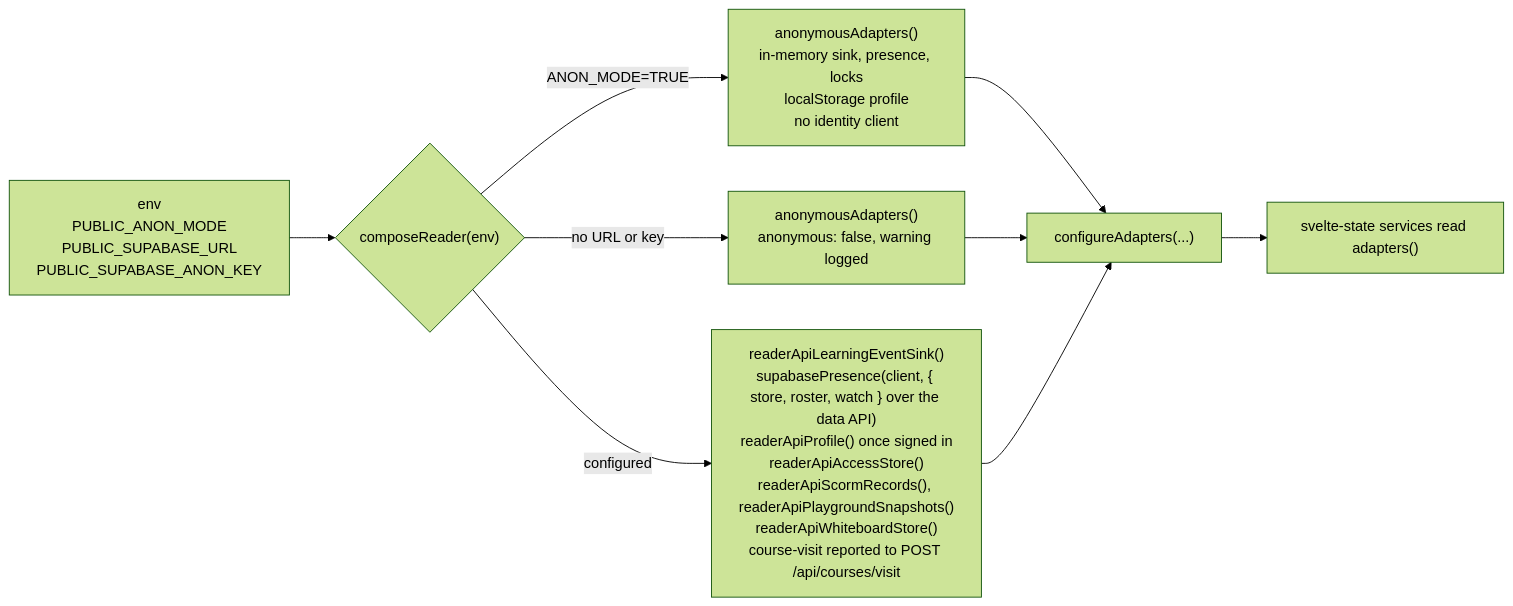
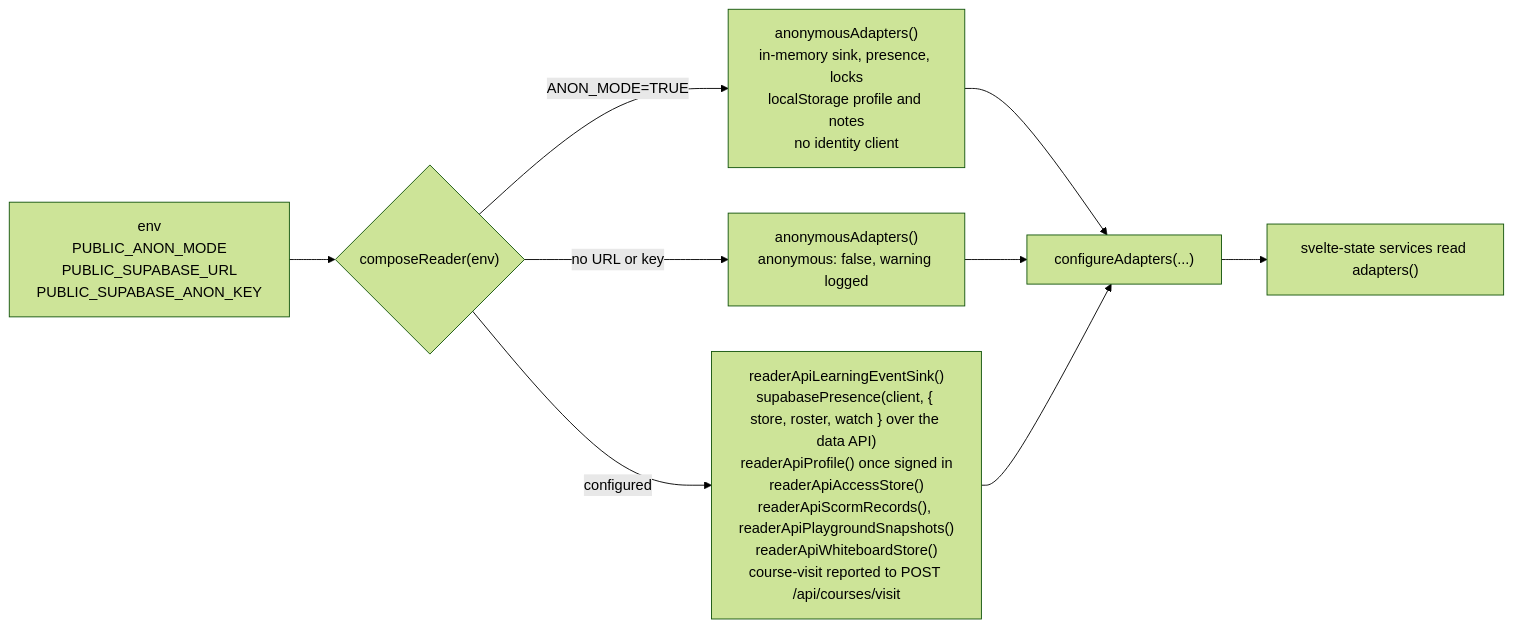
Before and after one commit to lgriffin/tutors-mono-repo-1: the sixth of 13 diagrams in ARCHITECTURE.md, drawn with Mermaid (forest theme). The commit also changed other lines of this file and 32 other files, not shown here.

````diff
--- a/ARCHITECTURE.md
+++ b/ARCHITECTURE.md
@@ -456,9 +460,9 @@
 ```mermaid
 flowchart LR
   env["env<br/>PUBLIC_ANON_MODE<br/>PUBLIC_SUPABASE_URL<br/>PUBLIC_SUPABASE_ANON_KEY"] --> compose{"composeReader(env)"}
-  compose -- "ANON_MODE=TRUE" --> anon["anonymousAdapters()<br/>in-memory sink, presence, locks<br/>localStorage profile<br/>no identity client"]
+  compose -- "ANON_MODE=TRUE" --> anon["anonymousAdapters()<br/>in-memory sink, presence, locks<br/>localStorage profile and notes<br/>no identity client"]
   compose -- "no URL or key" --> unconfigured["anonymousAdapters()<br/>anonymous: false, warning logged"]
   compose -- "configured" --> live["readerApiLearningEventSink()<br/>supabasePresence(client, { store, roster, watch } over the data API)<br/>readerApiProfile() once signed in<br/>readerApiAccessStore()<br/>readerApiScormRecords(), readerApiPlaygroundSnapshots()<br/>readerApiWhiteboardStore()<br/>course-visit reported to POST /api/courses/visit"]
   anon & unconfigured & live --> install["configureAdapters(...)"]
   install --> services["svelte-state services read adapters()"]
 ```
````
